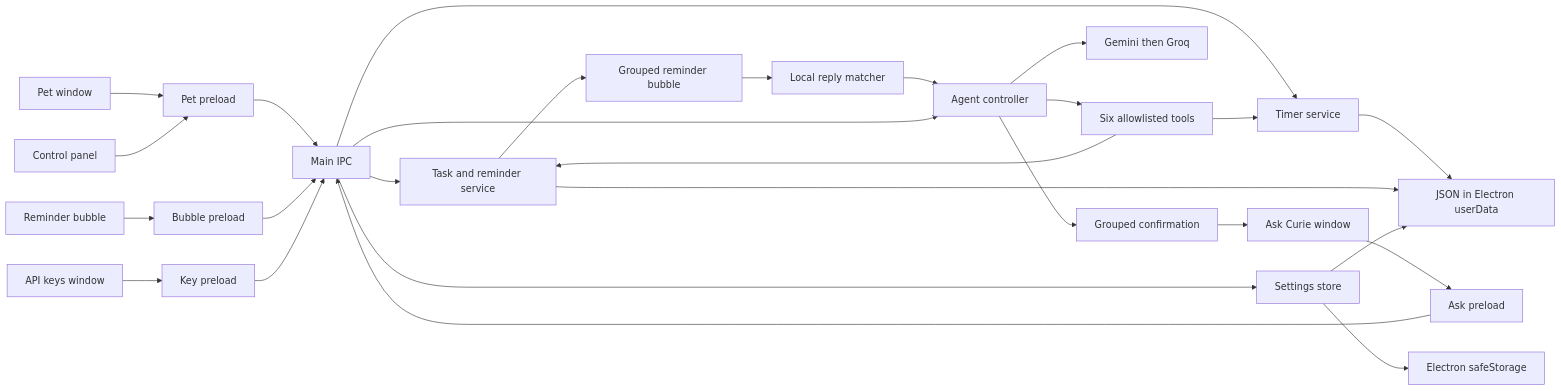
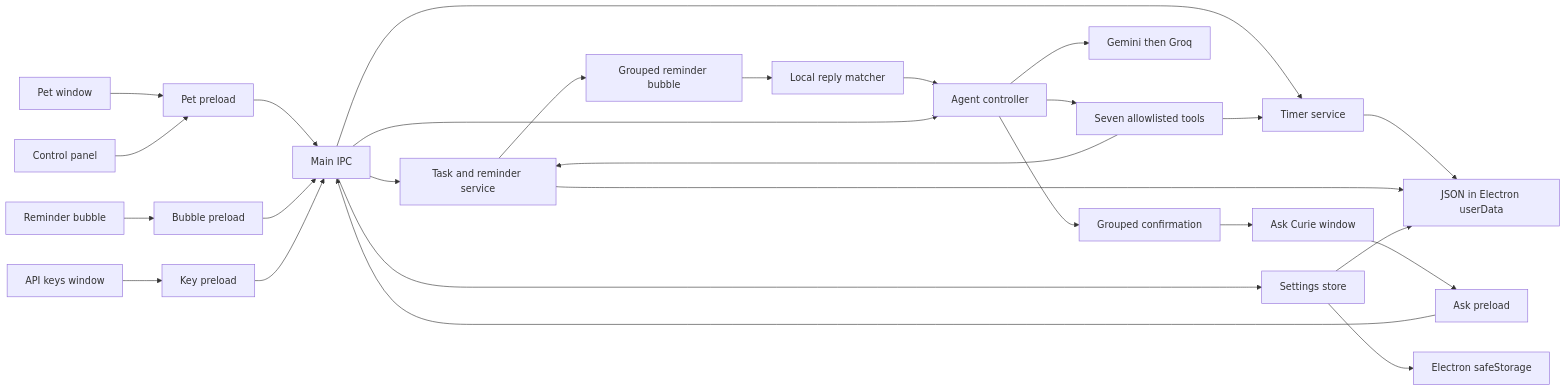
Before and after one commit to aanyabajpai670-creator/Curie: the diagram in docs/ARCHITECTURE.md, drawn with Mermaid. The commit also changed other lines of this file and 44 other files, not shown here.

````diff
--- a/docs/ARCHITECTURE.md
+++ b/docs/ARCHITECTURE.md
@@ -5,29 +5,29 @@
 ```mermaid
 flowchart LR
   Pet[Pet window] --> Preload[Pet preload]
   Panel[Control panel] --> Preload
   Ask[Ask Curie window] --> AskBridge[Ask preload]
   Reminder[Reminder bubble] --> ReminderBridge[Bubble preload]
   Keys[API keys window] --> KeyBridge[Key preload]
   Preload --> IPC[Main IPC]
   AskBridge --> IPC
   ReminderBridge --> IPC
   KeyBridge --> IPC
   IPC --> Timer[Timer service]
   IPC --> Tasks[Task and reminder service]
   Tasks --> Bubble[Grouped reminder bubble]
   Bubble --> Reply[Local reply matcher]
   Reply --> Agent[Reminder-context agent reply]
   IPC --> Agent[Agent controller]
   IPC --> Settings[Settings store]
-  Agent --> Tools[Six allowlisted tools]
+  Agent --> Tools[Seven allowlisted tools]
   Tools --> Tasks
   Tools --> Timer
   Agent --> Providers[Gemini then Groq]
   Agent --> Confirm[Grouped confirmation]
   Confirm --> Ask
   Settings --> SafeStorage[Electron safeStorage]
   Timer --> Files[JSON in Electron userData]
   Tasks --> Files
   Settings --> Files
 ```
````
